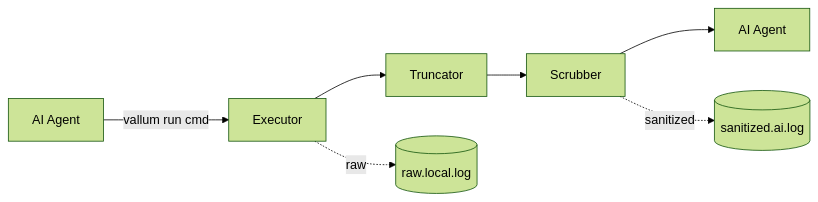
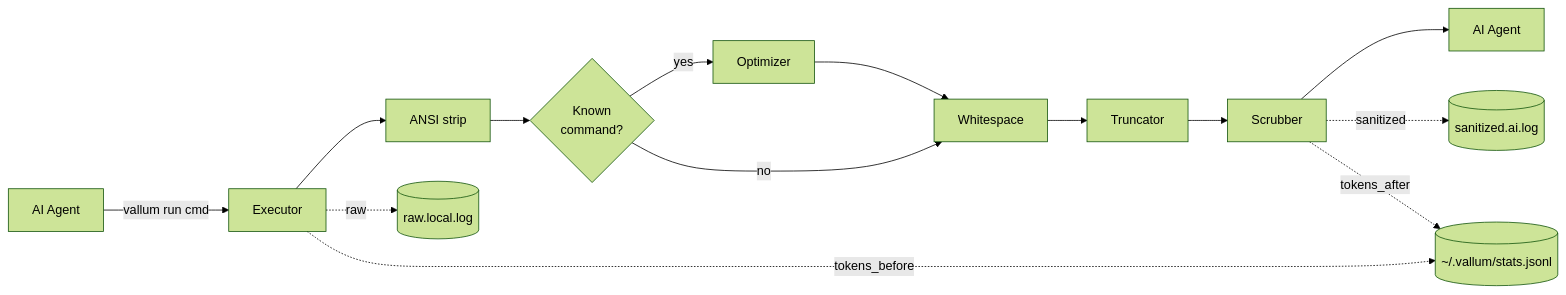
The diagram in README.md (kahramanemir/Vallum), drawn with Mermaid (forest theme) before and after one commit. The commit also changed other lines of this file and 4 other files, not shown here.

````diff
--- a/README.md
+++ b/README.md
@@ -19,9 +19,16 @@
 ```mermaid
 flowchart LR
     A[AI Agent] -->|vallum run cmd| B[Executor]
-    B --> C[Truncator]
-    C --> D[Scrubber]
-    D --> E[AI Agent]
-    B -. raw .-> F[(raw.local.log)]
-    D -. sanitized .-> G[(sanitized.ai.log)]
+    B --> C[ANSI strip]
+    C --> D{Known<br/>command?}
+    D -->|yes| E[Optimizer]
+    D -->|no| F[Whitespace]
+    E --> F
+    F --> G[Truncator]
+    G --> H[Scrubber]
+    H --> I[AI Agent]
+    B -. raw .-> J[(raw.local.log)]
+    H -. sanitized .-> K[(sanitized.ai.log)]
+    B -.->|tokens_before| L[(~/.vallum/stats.jsonl)]
+    H -.->|tokens_after| L
 ```
````
